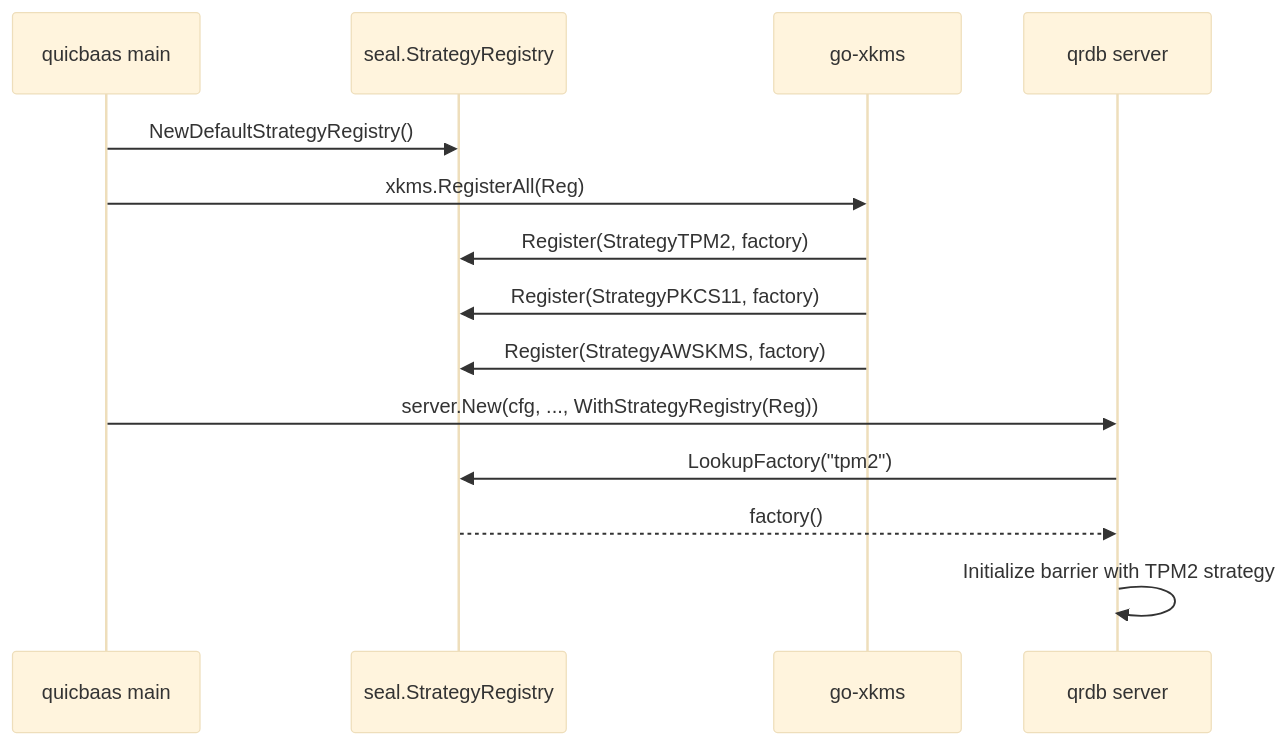
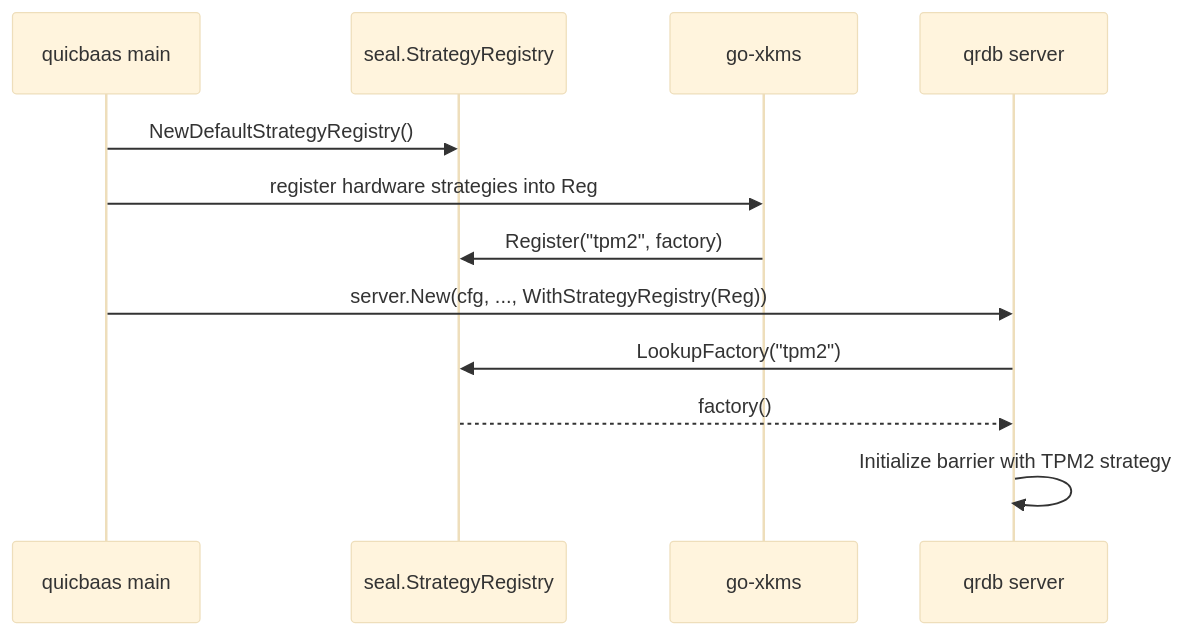
Before and after one commit to jeremyhahn/go-qrdb: the diagram in docs/seal/README.md, drawn with Mermaid (base theme). The commit also changed other lines of this file and 95 other files, not shown here.

````diff
--- a/docs/seal/README.md
+++ b/docs/seal/README.md
@@ -100,16 +100,14 @@
 ```mermaid
 sequenceDiagram
     participant App as quicbaas main
     participant Reg as seal.StrategyRegistry
     participant XKMS as go-xkms
     participant QRDB as qrdb server
     App->>Reg: NewDefaultStrategyRegistry()
-    App->>XKMS: xkms.RegisterAll(Reg)
-    XKMS->>Reg: Register(StrategyTPM2, factory)
-    XKMS->>Reg: Register(StrategyPKCS11, factory)
-    XKMS->>Reg: Register(StrategyAWSKMS, factory)
+    App->>XKMS: register hardware strategies into Reg
+    XKMS->>Reg: Register("tpm2", factory)
     App->>QRDB: server.New(cfg, ..., WithStrategyRegistry(Reg))
     QRDB->>Reg: LookupFactory("tpm2")
     Reg-->>QRDB: factory()
     QRDB->>QRDB: Initialize barrier with TPM2 strategy
 ```
````
